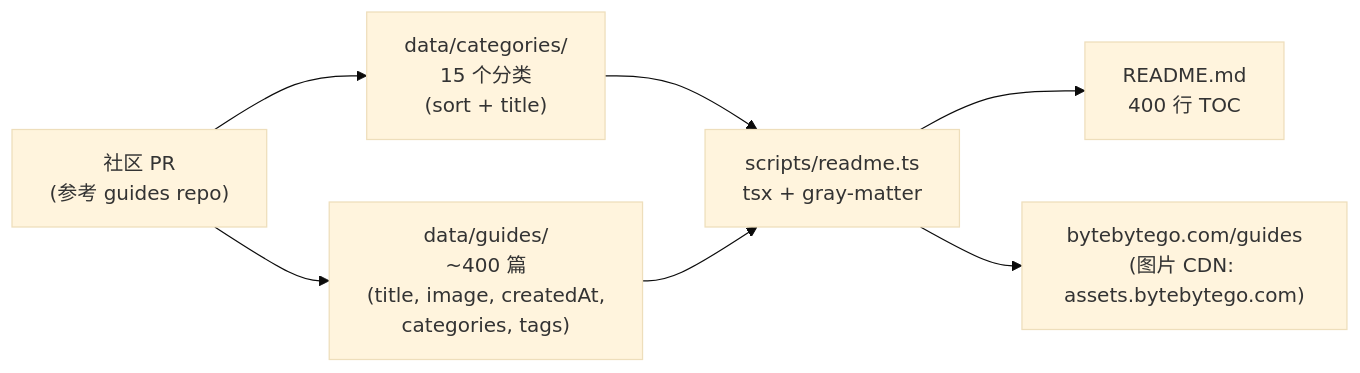
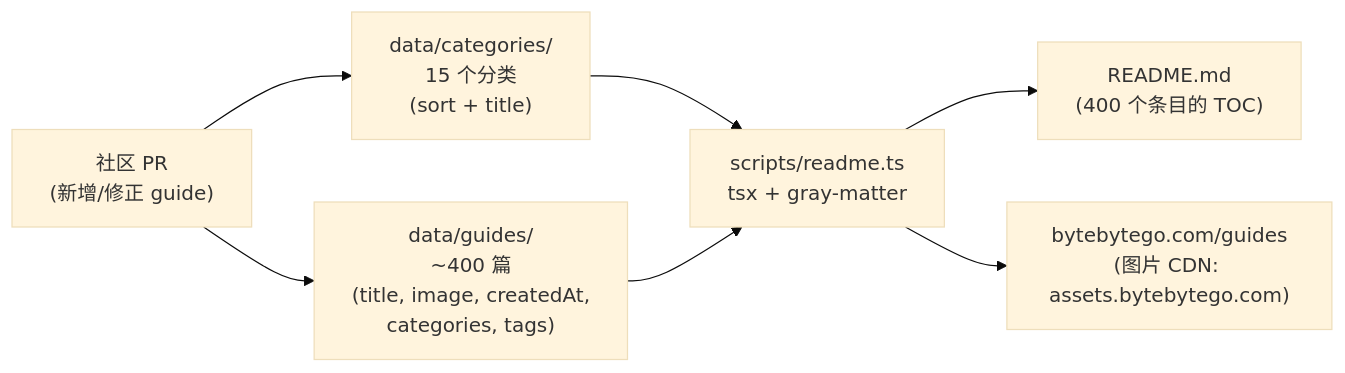
One commit to A1pha3/text-matrix changed the first of 2 diagrams in content/posts/tech/bytebytego-system-design-101-guide.md. Above: the diagram before and after it, drawn with Mermaid (base theme). The commit also changed other lines of this file and 16 other files, not shown here.

````diff
--- a/content/posts/tech/bytebytego-system-design-101-guide.md
+++ b/content/posts/tech/bytebytego-system-design-101-guide.md
@@ -33,9 +33,9 @@
 ```mermaid
 flowchart LR
     Cat["data/categories/<br/>15 个分类<br/>(sort + title)"] --> Gen[scripts/readme.ts<br/>tsx + gray-matter]
     Guides["data/guides/<br/>~400 篇<br/>(title, image, createdAt,<br/>categories, tags)"] --> Gen
-    Gen --> README["README.md<br/>400 行 TOC"]
+    Gen --> README["README.md<br/>(400 个条目的 TOC)"]
     Gen --> Site["bytebytego.com/guides<br/>(图片 CDN: assets.bytebytego.com)"]
-    PR["社区 PR<br/>(参考 guides repo)"] --> Cat
+    PR["社区 PR<br/>(新增/修正 guide)"] --> Cat
     PR --> Guides
 ```
````
